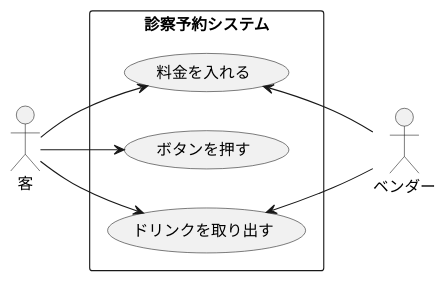
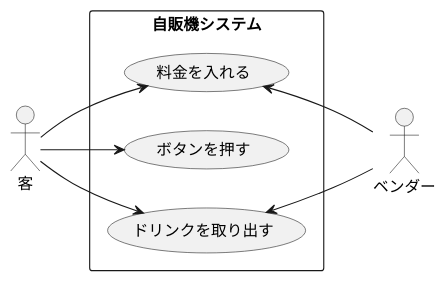
One commit to koha0516/uml-introduction changed the diagram in 演習6-4-2_ユースケース図_自動販売機.pu. Above: the diagram before and after it, drawn with PlantUML.

Commit message:
ｓｄｆｇ

```diff
--- a/演習6-4-2_ユースケース図_自動販売機.pu
+++ b/演習6-4-2_ユースケース図_自動販売機.pu
@@ -1,15 +1,15 @@
 @startuml 演習6-4-2
 left to right direction
 actor 客
 actor ベンダー
-rectangle 診察予約システム {
+rectangle 自販機システム {
 usecase 料金を入れる
 usecase ボタンを押す
 usecase ドリンクを取り出す
 }
 客 --> 料金を入れる
 客 --> ボタンを押す
 客 --> ドリンクを取り出す
 料金を入れる <-- ベンダー
 ドリンクを取り出す <-- ベンダー
 @enduml
```
